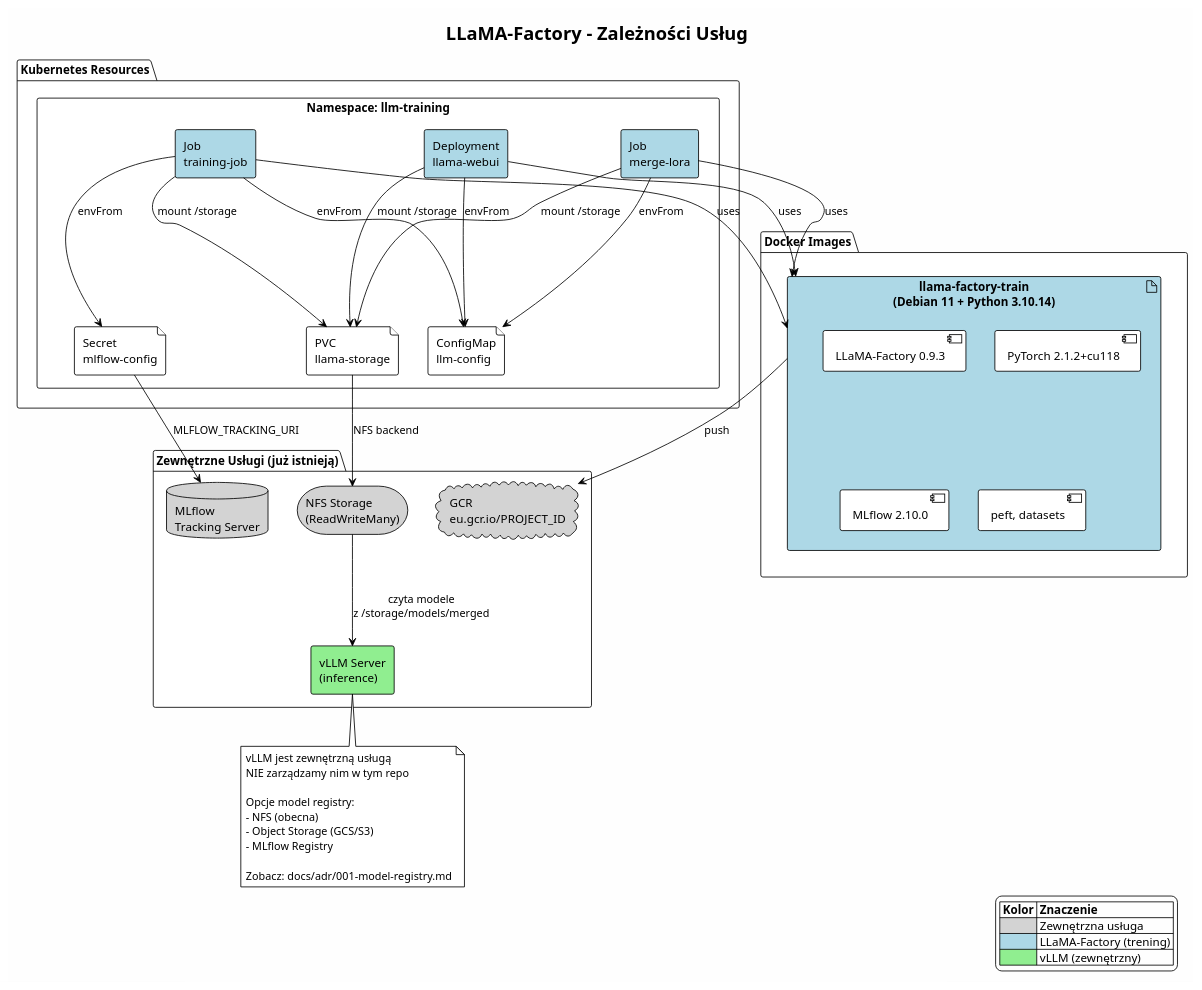
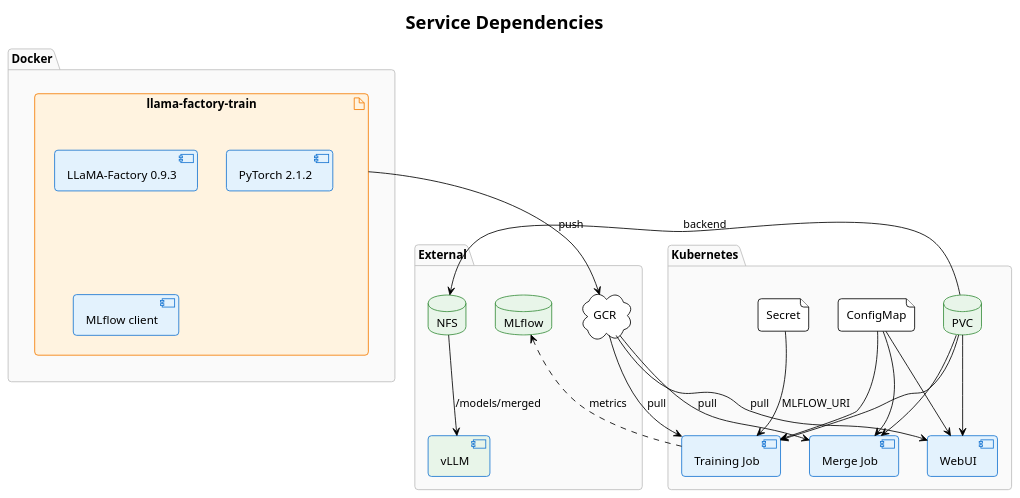
The diagram in new/infra-simple/docs/diagrams/dependencies.puml (Maciek-roboblog/t), drawn with PlantUML before and after one commit. The commit also changed 29 other files, not shown here.

```diff
--- a/new/infra-simple/docs/diagrams/dependencies.puml
+++ b/new/infra-simple/docs/diagrams/dependencies.puml
@@ -1,83 +1,76 @@
 @startuml dependencies
 !theme plain
-skinparam backgroundColor #FEFEFE
+skinparam backgroundColor white
+skinparam defaultFontName Helvetica
+skinparam roundCorner 8
+skinparam shadowing false
 
-title LLaMA-Factory - Zależności Usług
-
-' Definicja komponentów
-package "Zewnętrzne Usługi (już istnieją)" as external {
-    database "MLflow\nTracking Server" as mlflow #LightGray
-    storage "NFS Storage\n(ReadWriteMany)" as nfs #LightGray
-    cloud "GCR\neu.gcr.io/PROJECT_ID" as gcr #LightGray
-    rectangle "vLLM Server\n(inference)" as vllm_ext #LightGreen
+skinparam package {
+    BackgroundColor #FAFAFA
+    BorderColor #BDBDBD
 }
 
-package "Docker Images" as images {
-    artifact "llama-factory-train\n(Debian 11 + Python 3.10.14)" as img_train #LightBlue {
+skinparam component {
+    BackgroundColor #E3F2FD
+    BorderColor #1976D2
+}
+
+skinparam database {
+    BackgroundColor #E8F5E9
+    BorderColor #388E3C
+}
+
+skinparam artifact {
+    BackgroundColor #FFF3E0
+    BorderColor #F57C00
+}
+
+title Service Dependencies
+
+package "External" {
+    database "MLflow" as mlflow
+    database "NFS" as nfs
+    cloud "GCR" as gcr
+    component "vLLM" as vllm #E8F5E9
+}
+
+package "Docker" {
+    artifact "llama-factory-train" as image {
         component "LLaMA-Factory 0.9.3"
-        component "PyTorch 2.1.2+cu118"
-        component "MLflow 2.10.0"
-        component "peft, datasets"
+        component "PyTorch 2.1.2"
+        component "MLflow client"
     }
 }
 
-package "Kubernetes Resources" as k8s {
-    rectangle "Namespace: llm-training" {
-
-        file "Secret\nmlflow-config" as secret
-        file "ConfigMap\nllm-config" as configmap
-        file "PVC\nllama-storage" as pvc
-
-        rectangle "Deployment\nllama-webui" as webui #LightBlue
-        rectangle "Job\ntraining-job" as train_job #LightBlue
-        rectangle "Job\nmerge-lora" as merge_job #LightBlue
-    }
+package "Kubernetes" {
+    component "WebUI" as webui
+    component "Training Job" as train
+    component "Merge Job" as merge
+    database "PVC" as pvc
+    file "ConfigMap" as config
+    file "Secret" as secret
 }
 
-' Zależności obrazów
-img_train --> gcr : push
+' Image flow
+image --> gcr : push
+gcr --> webui : pull
+gcr --> train : pull
+gcr --> merge : pull
 
-' Zależności K8s
-webui --> img_train : uses
-train_job --> img_train : uses
-merge_job --> img_train : uses
+' Config
+config --> webui
+config --> train
+config --> merge
+secret --> train : MLFLOW_URI
 
 ' Storage
-webui --> pvc : mount /storage
-train_job --> pvc : mount /storage
-merge_job --> pvc : mount /storage
-pvc --> nfs : NFS backend
+pvc --> nfs : backend
+pvc --> webui
+pvc --> train
+pvc --> merge
 
-' Config
-webui --> configmap : envFrom
-train_job --> configmap : envFrom
-merge_job --> configmap : envFrom
-
-' Secrets
-train_job --> secret : envFrom
-secret --> mlflow : MLFLOW_TRACKING_URI
-
-' vLLM (zewnętrzny)
-nfs --> vllm_ext : czyta modele\nz /storage/models/merged
-
-' Legenda
-legend right
-  |= Kolor |= Znaczenie |
-  | <#LightGray> | Zewnętrzna usługa |
-  | <#LightBlue> | LLaMA-Factory (trening) |
-  | <#LightGreen> | vLLM (zewnętrzny) |
-endlegend
-
-note bottom of vllm_ext
-  vLLM jest zewnętrzną usługą
-  NIE zarządzamy nim w tym repo
-
-  Opcje model registry:
-  - NFS (obecna)
-  - Object Storage (GCS/S3)
-  - MLflow Registry
-
-  Zobacz: docs/adr/001-model-registry.md
-end note
+' External
+train ..> mlflow : metrics
+nfs --> vllm : /models/merged
 
 @enduml
```
